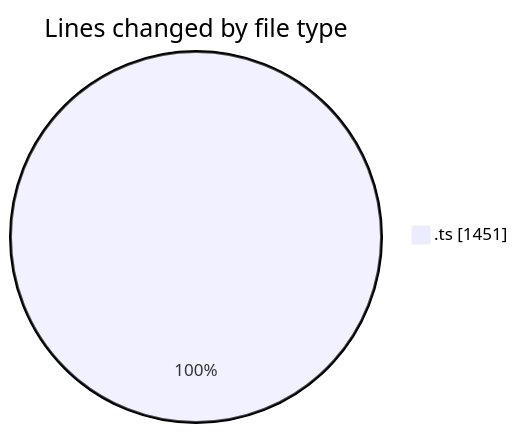
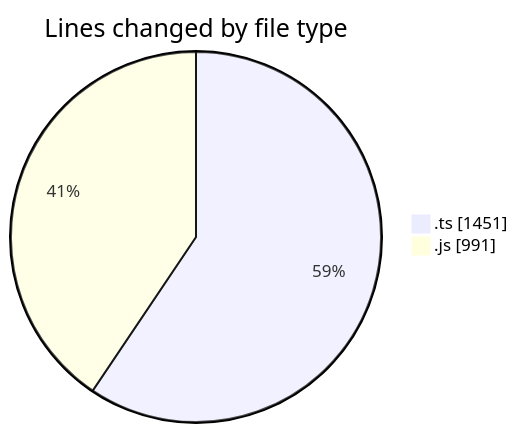
Before and after one commit to tmsrecording-cyber/code-tracking: the first of 2 diagrams in 2026-04-15/ai_news_simple/README.md, drawn with Mermaid. The commit also changed other lines of this file and 1 other file, not shown here.

````diff
--- a/2026-04-15/ai_news_simple/README.md
+++ b/2026-04-15/ai_news_simple/README.md
@@ -21,5 +23,6 @@
 ```mermaid
 pie showData
 title Lines changed by file type
 ".ts" : 1451
+".js" : 991
 ```
````
